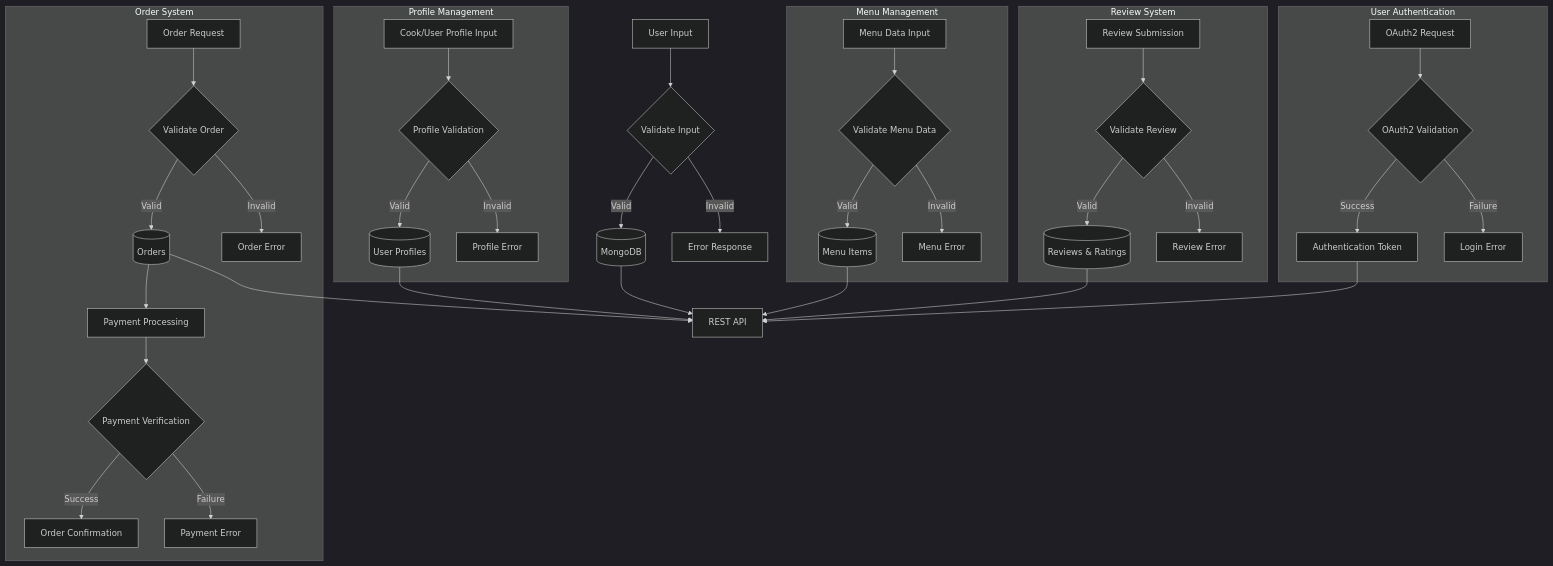
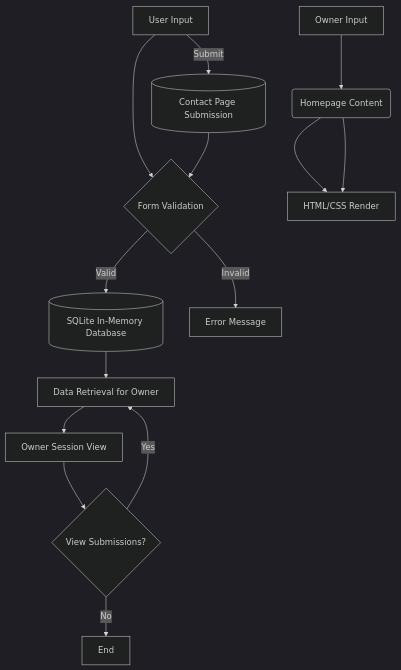
The diagram in mise-en-place-output/context-templates/data_flow_diagram.md (jamie-anson/MIse-en-place), drawn with Mermaid (dark theme) before and after one commit. The commit also changed other lines of this file and 70 other files, not shown here.

````diff
--- a/mise-en-place-output/context-templates/data_flow_diagram.md
+++ b/mise-en-place-output/context-templates/data_flow_diagram.md
@@ -31,48 +26,16 @@
 ```mermaid
 flowchart TD
-    A[User Input] --> B{Validate Input}
-    B --> |Valid| C[(MongoDB)]
-    B --> |Invalid| D[Error Response]
-    C --> E[REST API]
-
-    subgraph User Authentication
-        F[OAuth2 Request] --> G{OAuth2 Validation}
-        G -->|Success| H[Authentication Token]
-        G -->|Failure| I[Login Error]
-    end
-
-    subgraph Profile Management
-        J[Cook/User Profile Input] --> K{Profile Validation}
-        K --> |Valid| L[(User Profiles)]
-        K --> |Invalid| M[Profile Error]
-    end
-
-    subgraph Menu Management
-        N[Menu Data Input] --> O{Validate Menu Data}
-        O --> |Valid| P[(Menu Items)]
-        O --> |Invalid| Q[Menu Error]
-    end
-
-    subgraph Order System
-        R[Order Request] --> S{Validate Order}
-        S --> |Valid| T[(Orders)]
-        S --> |Invalid| U[Order Error]
-        T --> V[Payment Processing]
-        V --> W{Payment Verification}
-        W -->|Success| X[Order Confirmation]
-        W -->|Failure| Y[Payment Error]
-    end
-
-    subgraph Review System
-        Z[Review Submission] --> AA{Validate Review}
-        AA --> |Valid| BB[(Reviews & Ratings)]
-        AA --> |Invalid| CC[Review Error]
-    end
-
-    L --> E
-    P --> E
-    T --> E
-    BB --> E
-
-    H --> E
+    A[User Input] --> B{Form Validation}
+    B -->|Valid| C[(SQLite In-Memory Database)]
+    B -->|Invalid| D[Error Message]
+    C --> E[Data Retrieval for Owner]
+    F[Owner Input] --> G(Homepage Content)
+    G --> H[HTML/CSS Render]
+    A -->|Submit| I[(Contact Page Submission)]
+    I --> B
+    G --> H
+    E --> OwnerDisplay[Owner Session View]
+    OwnerDisplay --> OwnerDecide{View Submissions?}
+    OwnerDecide -->|Yes| E
+    OwnerDecide -->|No| End
 ```
````
